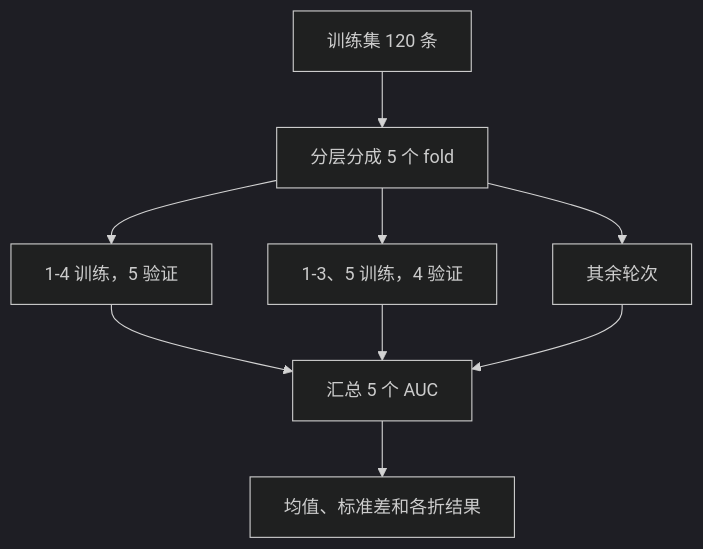
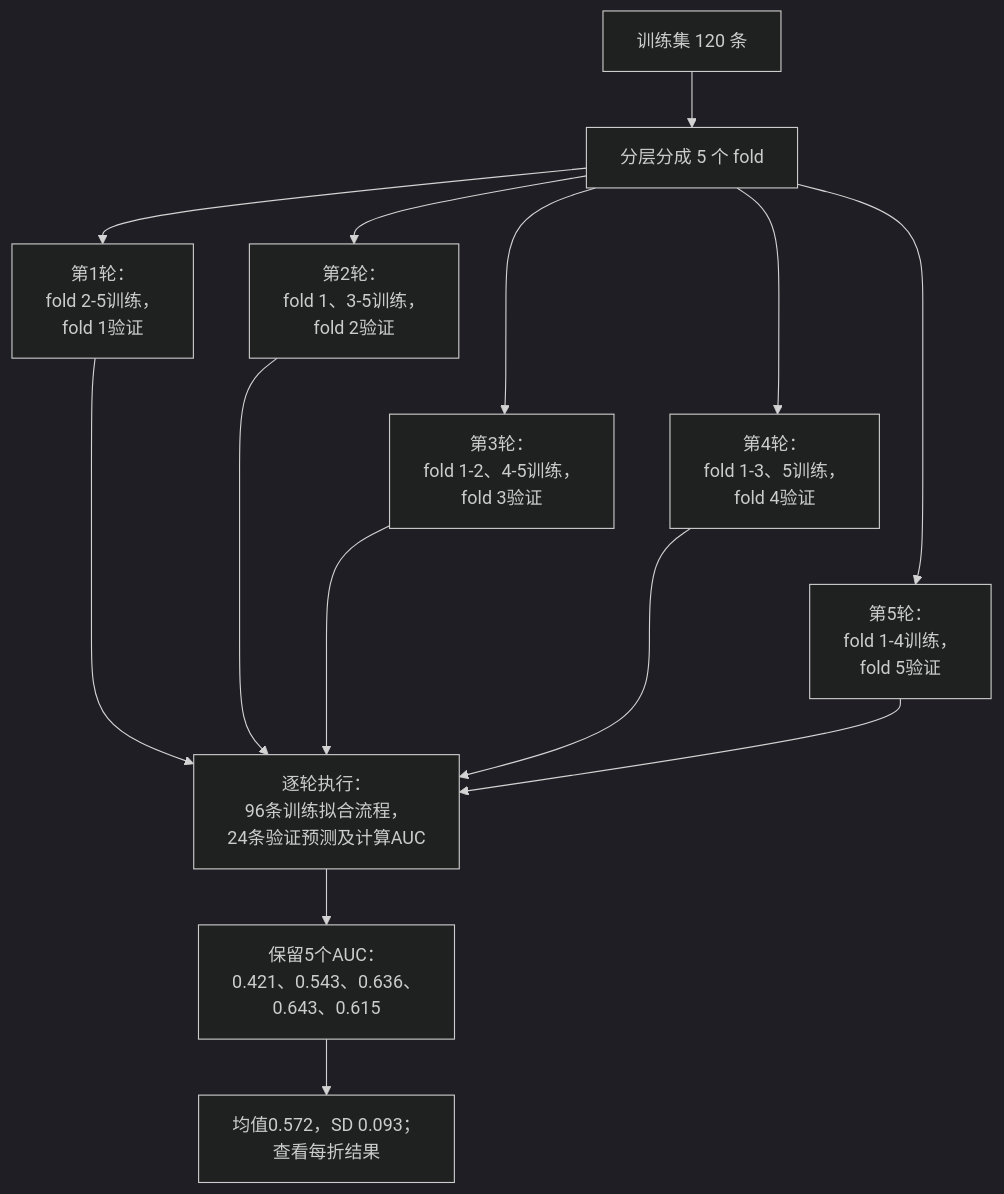
One commit to luvega/AI_MED_DataVis changed the second of 5 diagrams in docs/chapters/chapter-10/index.md. Above: the diagram before and after it, drawn with Mermaid (dark theme). The commit also changed other lines of this file and 30 other files, not shown here.

Commit message:
Redraw textbook diagrams and correct data-flow relationships

```diff
--- a/docs/chapters/chapter-10/index.md
+++ b/docs/chapters/chapter-10/index.md
@@ -294,11 +303,20 @@
 ~~~mermaid
 flowchart TB
   A["训练集 120 条"] --> B["分层分成 5 个 fold"]
-  B --> C1["1-4 训练，5 验证"]
-  B --> C2["1-3、5 训练，4 验证"]
-  B --> C3["其余轮次"]
-  C1 --> D["汇总 5 个 AUC"]
+  B --> C1["第1轮：<br/>fold 2-5训练，<br/>fold 1验证"]
+  B --> C2["第2轮：<br/>fold 1、3-5训练，<br/>fold 2验证"]
+  B --> C3["第3轮：<br/>fold 1-2、4-5训练，<br/>fold 3验证"]
+  B --> C4["第4轮：<br/>fold 1-3、5训练，<br/>fold 4验证"]
+  B --> C5["第5轮：<br/>fold 1-4训练，<br/>fold 5验证"]
+  C1 --> D["逐轮执行：<br/>96条训练拟合流程，<br/>24条验证预测及计算AUC"]
   C2 --> D
   C3 --> D
-  D --> E["均值、标准差和各折结果"]
+  C4 --> D
+  C5 --> D
+  D --> E["保留5个AUC：<br/>0.421、0.543、0.636、<br/>0.643、0.615"]
+  E --> F["均值0.572，SD 0.093；<br/>查看每折结果"]
+  C1 ~~~ C3
+  C2 ~~~ C4
+  C3 ~~~ C5
+  C4 ~~~ C5
 ~~~
```
